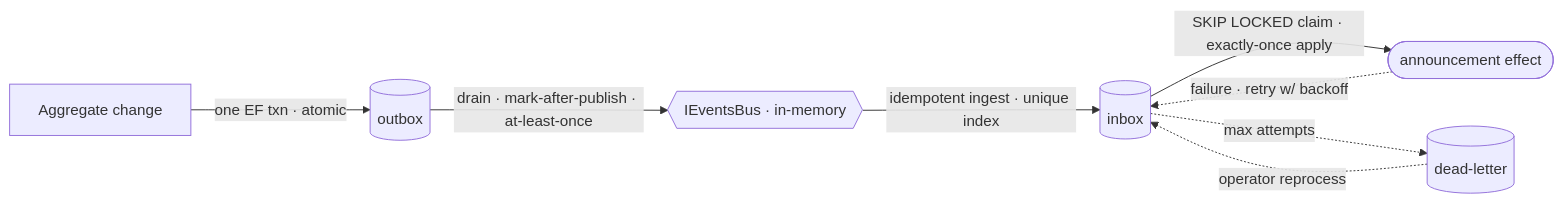
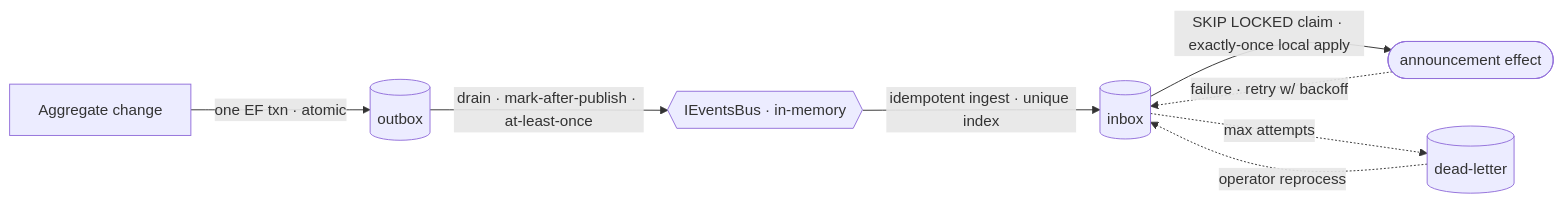
Before and after one commit to qwertyboy0325/modulith-reliability-kit: the diagram in README.md, drawn with Mermaid. The commit also changed other lines of this file and 11 other files, not shown here.

````diff
--- a/README.md
+++ b/README.md
@@ -39,10 +42,10 @@
 ```mermaid
 flowchart LR
   A[Aggregate change] -->|one EF txn · atomic| O[(outbox)]
   O -->|drain · mark-after-publish · at-least-once| BUS{{IEventsBus · in-memory}}
   BUS -->|idempotent ingest · unique index| IN[(inbox)]
-  IN -->|SKIP LOCKED claim · exactly-once apply| FX([announcement effect])
+  IN -->|SKIP LOCKED claim · exactly-once local apply| FX([announcement effect])
   FX -.->|failure · retry w/ backoff| IN
   IN -.->|max attempts| DL[(dead-letter)]
   DL -.->|operator reprocess| IN
 ```
````
